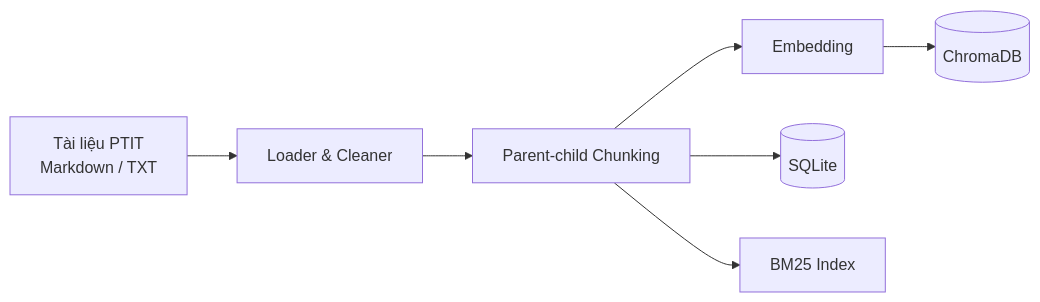
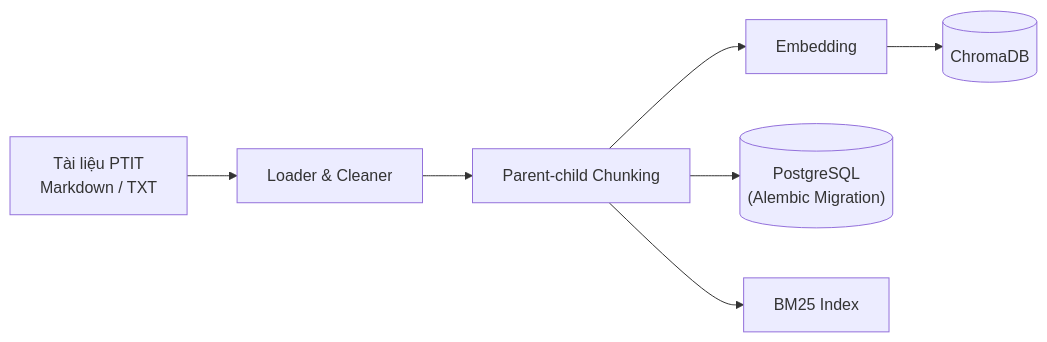
The first of 2 diagrams in README.md (8thMay03/PTIT-Chatbot), drawn with Mermaid before and after one commit. The commit also changed other lines of this file and 19 other files, not shown here.

````diff
--- a/README.md
+++ b/README.md
@@ -41,9 +41,9 @@
 ```mermaid
 flowchart LR
     A["Tài liệu PTIT<br/>Markdown / TXT"] --> B["Loader & Cleaner"]
     B --> C["Parent-child Chunking"]
     C --> D["Embedding"]
     D --> E[("ChromaDB")]
-    C --> F[("SQLite")]
+    C --> F[("PostgreSQL<br/>(Alembic Migration)")]
     C --> G["BM25 Index"]
 ```
````
